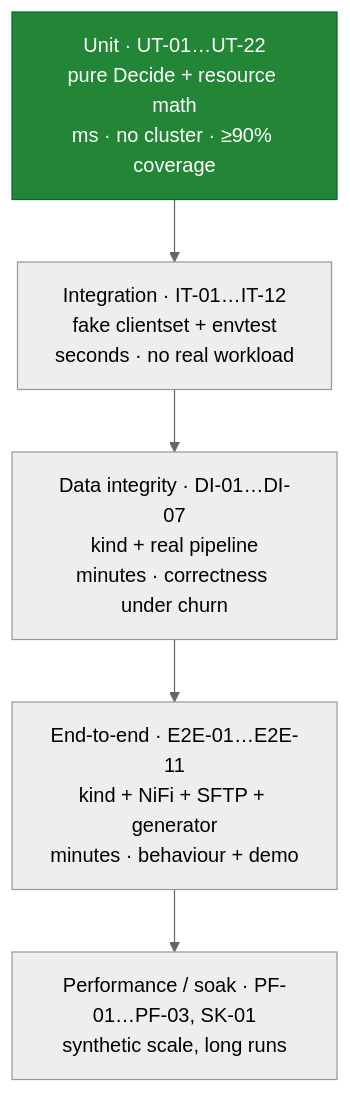
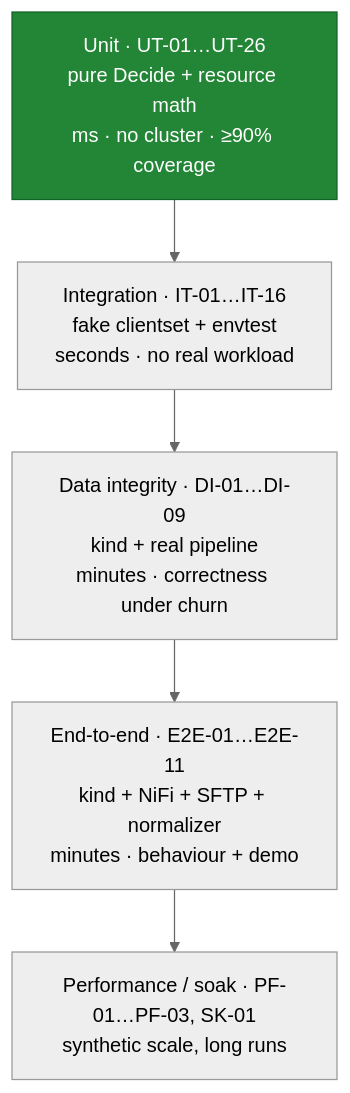
The first of 3 diagrams in docs/test-plan.md (jensilin/KubeScaleSense), drawn with Mermaid (neutral theme) before and after one commit. The commit also changed other lines of this file and 8 other files, not shown here.

Commit message:
docs: simplify KubeScaleSense architecture

````diff
--- a/docs/test-plan.md
+++ b/docs/test-plan.md
@@ -21,13 +21,13 @@
 ```mermaid
 flowchart TD
-    U["Unit · UT-01…UT-22<br/>pure Decide + resource math<br/>ms · no cluster · ≥90% coverage"]
-    I["Integration · IT-01…IT-12<br/>fake clientset + envtest<br/>seconds · no real workload"]
-    D["Data integrity · DI-01…DI-07<br/>kind + real pipeline<br/>minutes · correctness under churn"]
-    E["End-to-end · E2E-01…E2E-11<br/>kind + NiFi + SFTP + generator<br/>minutes · behaviour + demo"]
+    U["Unit · UT-01…UT-26<br/>pure Decide + resource math<br/>ms · no cluster · ≥90% coverage"]
+    I["Integration · IT-01…IT-16<br/>fake clientset + envtest<br/>seconds · no real workload"]
+    D["Data integrity · DI-01…DI-09<br/>kind + real pipeline<br/>minutes · correctness under churn"]
+    E["End-to-end · E2E-01…E2E-11<br/>kind + NiFi + SFTP + normalizer<br/>minutes · behaviour + demo"]
     P["Performance / soak · PF-01…PF-03, SK-01<br/>synthetic scale, long runs"]
 
     U --> I --> D --> E --> P
 
     classDef fast fill:#238636,color:#fff,stroke:#116329
     class U fast
 ```
````
